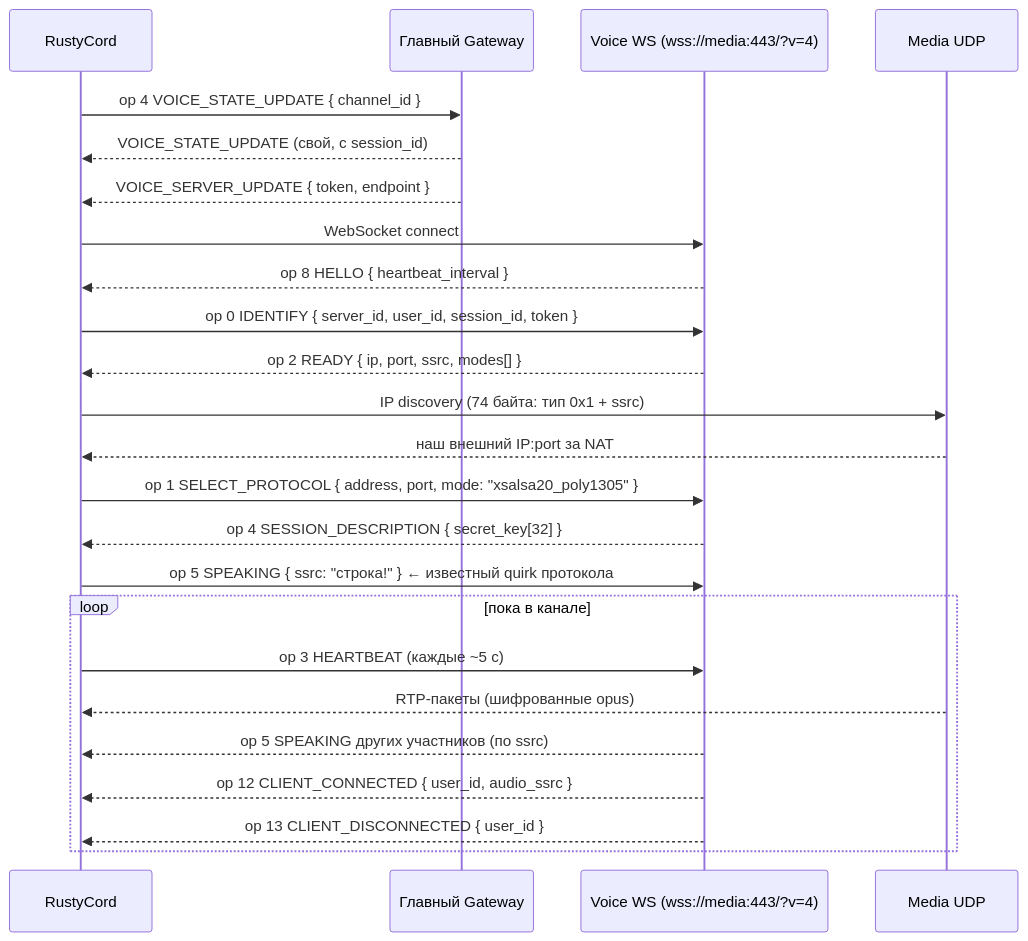
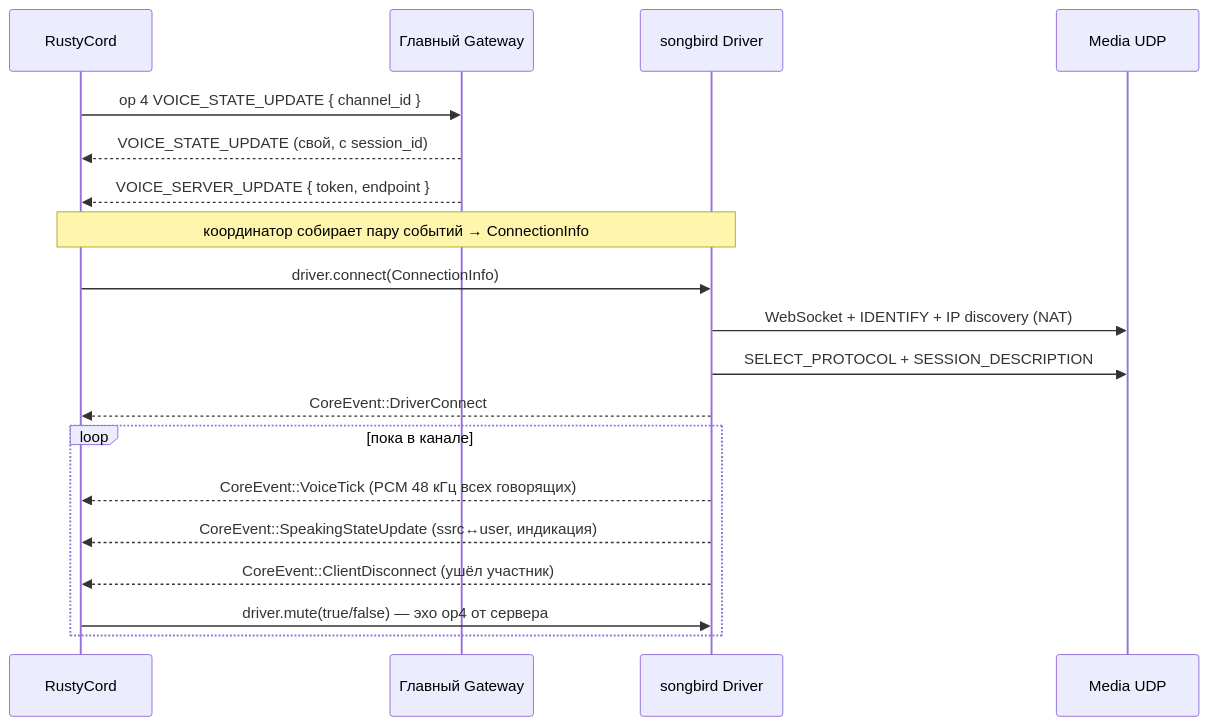
One commit to VinylRUS/Rustycord changed the fifth of 7 diagrams in README.md. Above: the diagram before and after it, drawn with Mermaid. The commit also changed other lines of this file and 35 other files, not shown here.

````diff
--- a/README.md
+++ b/README.md
@@ -195,31 +195,24 @@
 ```mermaid
 sequenceDiagram
     participant C as RustyCord
     participant G as Главный Gateway
-    participant V as Voice WS (wss://media:443/?v=4)
+    participant S as songbird Driver
     participant U as Media UDP
 
     C->>G: op 4 VOICE_STATE_UPDATE { channel_id }
     G-->>C: VOICE_STATE_UPDATE (свой, с session_id)
     G-->>C: VOICE_SERVER_UPDATE { token, endpoint }
+    Note over C,S: координатор собирает пару событий → ConnectionInfo
 
-    C->>V: WebSocket connect
-    V-->>C: op 8 HELLO { heartbeat_interval }
-    C->>V: op 0 IDENTIFY { server_id, user_id, session_id, token }
-    V-->>C: op 2 READY { ip, port, ssrc, modes[] }
+    C->>S: driver.connect(ConnectionInfo)
+    S->>U: WebSocket + IDENTIFY + IP discovery (NAT)
+    S->>U: SELECT_PROTOCOL + SESSION_DESCRIPTION
+    S-->>C: CoreEvent::DriverConnect
 
-    C->>U: IP discovery (74 байта: тип 0x1 + ssrc)
-    U-->>C: наш внешний IP:port за NAT
-
-    C->>V: op 1 SELECT_PROTOCOL { address, port, mode: "xsalsa20_poly1305" }
-    V-->>C: op 4 SESSION_DESCRIPTION { secret_key[32] }
-
-    C->>V: op 5 SPEAKING { ssrc: "строка!" }  ← известный quirk протокола
     loop пока в канале
-        C->>V: op 3 HEARTBEAT (каждые ~5 c)
-        U-->>C: RTP-пакеты (шифрованные opus)
-        V-->>C: op 5 SPEAKING других участников (по ssrc)
-        V-->>C: op 12 CLIENT_CONNECTED { user_id, audio_ssrc }
-        V-->>C: op 13 CLIENT_DISCONNECTED { user_id }
+        S-->>C: CoreEvent::VoiceTick (PCM 48 кГц всех говорящих)
+        S-->>C: CoreEvent::SpeakingStateUpdate (ssrc↔user, индикация)
+        S-->>C: CoreEvent::ClientDisconnect (ушёл участник)
+        C->>S: driver.mute(true/false) — эхо op4 от сервера
     end
 ```
````
